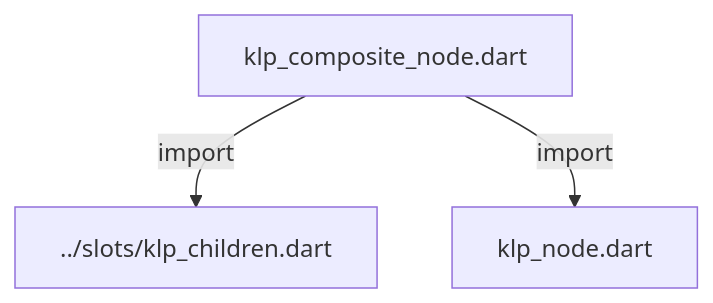
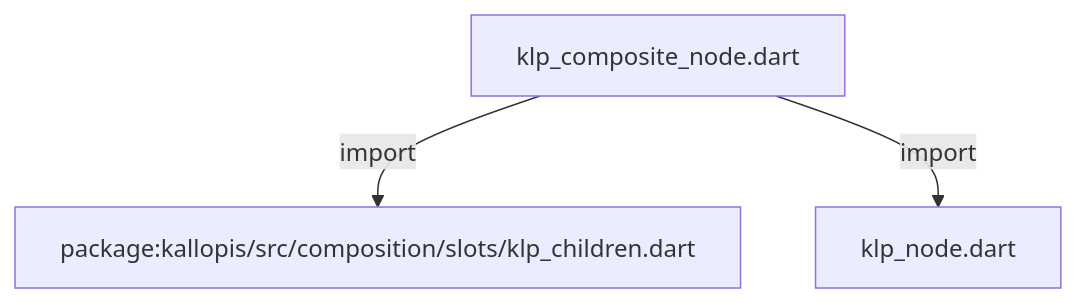
Before and after one commit to MiuDog/Kallopis: the first of 3 diagrams in docs/architecture/src/composition/nodes/klp_composite_node.md, drawn with Mermaid. The commit also changed other lines of this file and 9688 other files, not shown here.

Commit message:
Prepare isolated Flow F2 peer baseline

````diff
--- a/docs/architecture/src/composition/nodes/klp_composite_node.md
+++ b/docs/architecture/src/composition/nodes/klp_composite_node.md
@@ -11,8 +11,8 @@
 ```mermaid
 flowchart TD
 	n0["klp_composite_node.dart"]
-	n1["../slots/klp_children.dart"]
+	n1["package:kallopis/src/composition/slots/klp_children.dart"]
 	n2["klp_node.dart"]
 	n0 -->|"import"| n1
 	n0 -->|"import"| n2
 ```
````
